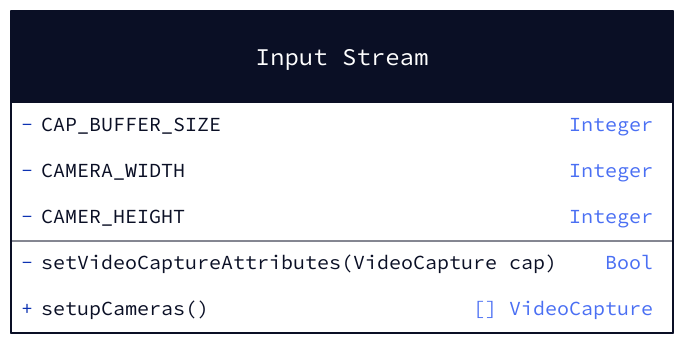
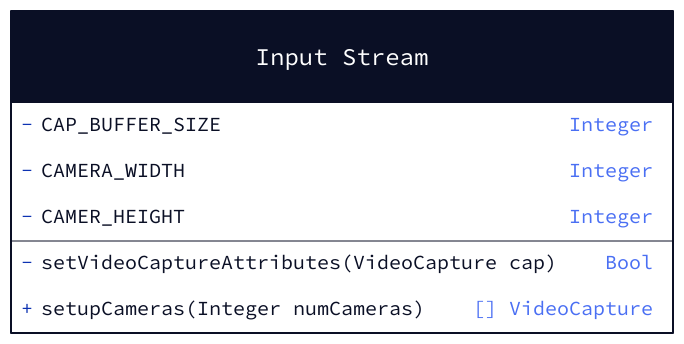
One commit to HelloWorldSeniorProject/AirKeys changed the diagram in documentation/design/source/input_stream.d2. Above: the diagram before and after it, drawn with D2. The commit also changed 1 other file, not shown here.

```diff
--- a/documentation/design/source/input_stream.d2
+++ b/documentation/design/source/input_stream.d2
@@ -1,24 +1,24 @@
 Input Stream : {
     shape : class
 
     - CAP_BUFFER_SIZE: Integer
     - CAMERA_WIDTH: Integer
     - CAMER_HEIGHT: Integer
 
     - setVideoCaptureAttributes(VideoCapture cap): Bool
 
-    # Returns an array (at least 2) VideoCapture object
+    # Returns an array(size numCameras) of VideoCapture objects.
     # i.e. `return [ caputure1, capture2]`
-    setupCameras(): "[] VideoCapture"
+    setupCameras(Integer numCameras): "[] VideoCapture"
 
     # An array of VideoCapture object, returns an 2D-Array of Arrays. 
     # An array of frames for each passed VideoCapture Object.
     # Each frame is a 2D-Array of integers.
     # i.e. `return [capture1_frame, capture2_frame]``
     getFrameData(VideoCapture* captures): "[[[] Integer] Array] Array"
 
     # An array of VideoCapture objects.
     teardownCameras(VideoCaptures*)
 
     # See here for VideoCapture Object Documentation: https://docs.opencv.org/3.4/d8/dfe/classcv_1_1VideoCapture.html#a473055e77dd7faa4d26d686226b292c1
 }
```
